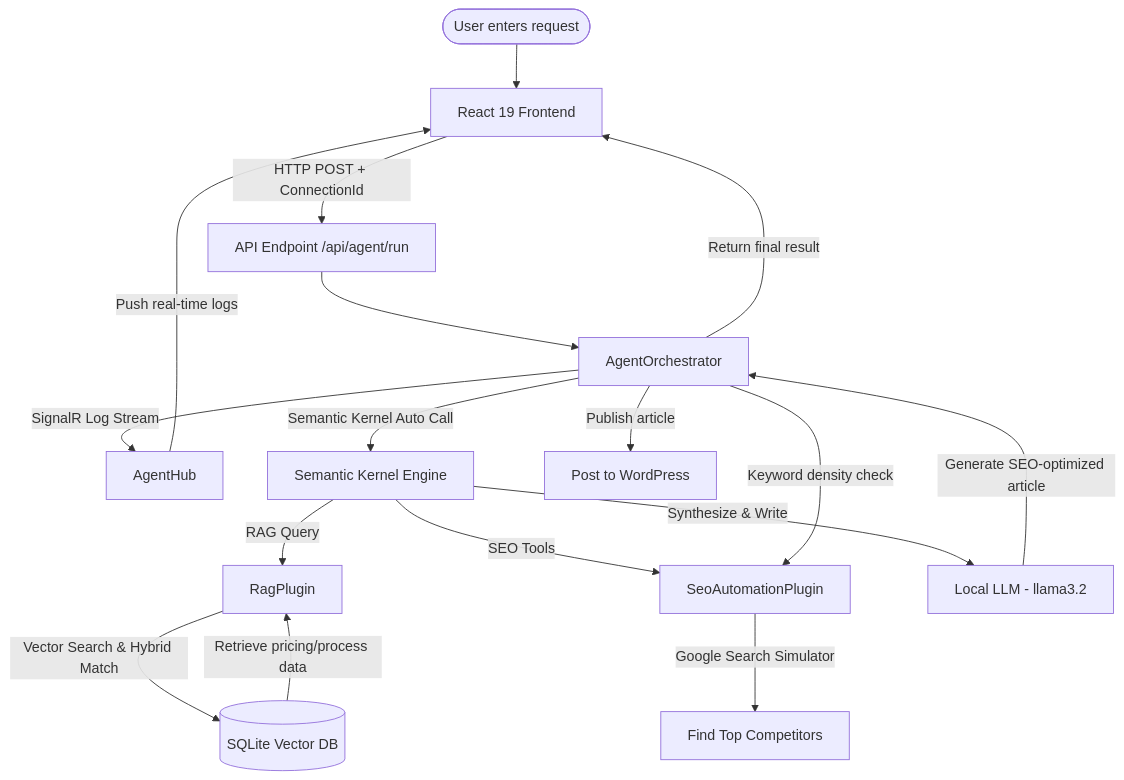
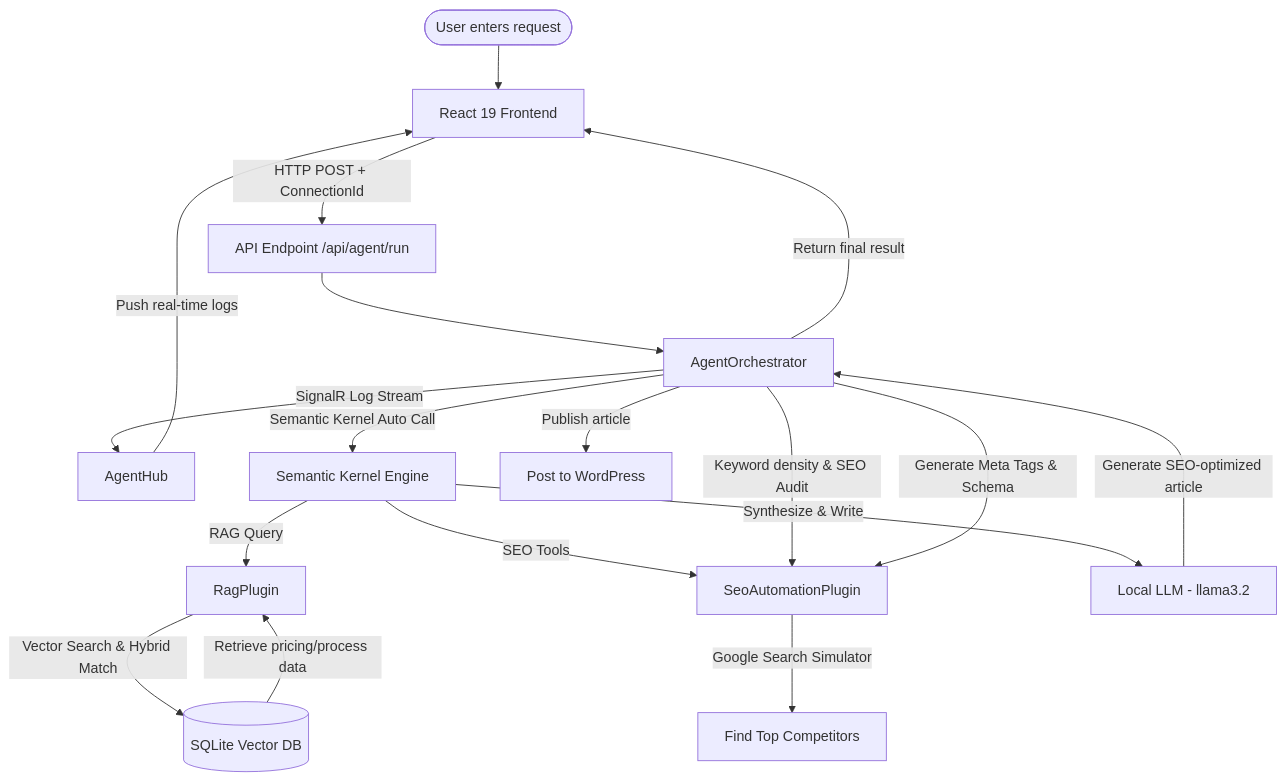
The diagram in README.md (RLnofell/seo-ai-platform), drawn with Mermaid before and after one commit. The commit also changed other lines of this file and 17 other files, not shown here.

Commit message:
feat: add advanced SEO audit, Google SERP simulator, and Schema JSON-LD metadata generator

````diff
--- a/README.md
+++ b/README.md
@@ -30,24 +30,25 @@
 ```mermaid
 graph TD
     User([User enters request]) --> App[React 19 Frontend]
     App -->|HTTP POST + ConnectionId| API[API Endpoint /api/agent/run]
     API --> Orchestrator[AgentOrchestrator]
     Orchestrator -->|SignalR Log Stream| Hub[AgentHub]
     Hub -->|Push real-time logs| App
     
     Orchestrator -->|Semantic Kernel Auto Call| Kernel[Semantic Kernel Engine]
     Kernel -->|RAG Query| RagPlugin[RagPlugin]
     RagPlugin -->|Vector Search & Hybrid Match| SQLite[(SQLite Vector DB)]
     SQLite -->|Retrieve pricing/process data| RagPlugin
     
     Kernel -->|SEO Tools| SeoPlugin[SeoAutomationPlugin]
     SeoPlugin -->|Google Search Simulator| Competitors[Find Top Competitors]
     
     Kernel -->|Synthesize & Write| LLM[Local LLM - llama3.2]
     LLM -->|Generate SEO-optimized article| Orchestrator
     
-    Orchestrator -->|Keyword density check| SeoPlugin
+    Orchestrator -->|Keyword density & SEO Audit| SeoPlugin
+    Orchestrator -->|Generate Meta Tags & Schema| SeoPlugin
     Orchestrator -->|Publish article| WP[Post to WordPress]
     
     Orchestrator -->|Return final result| App
 ```
````
